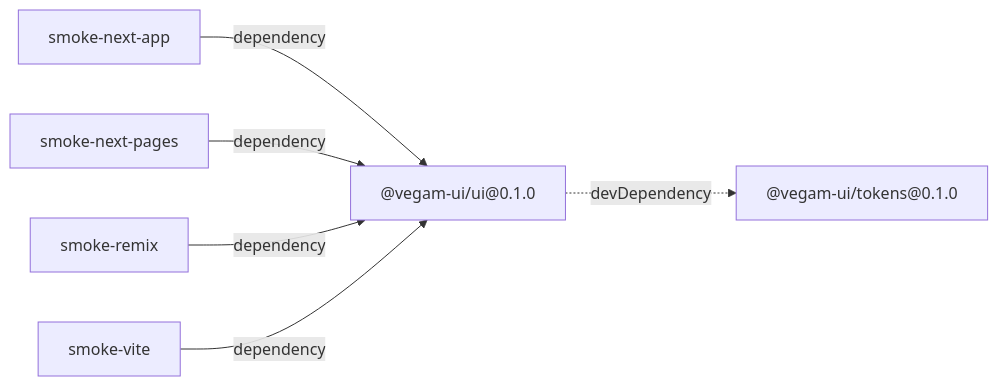
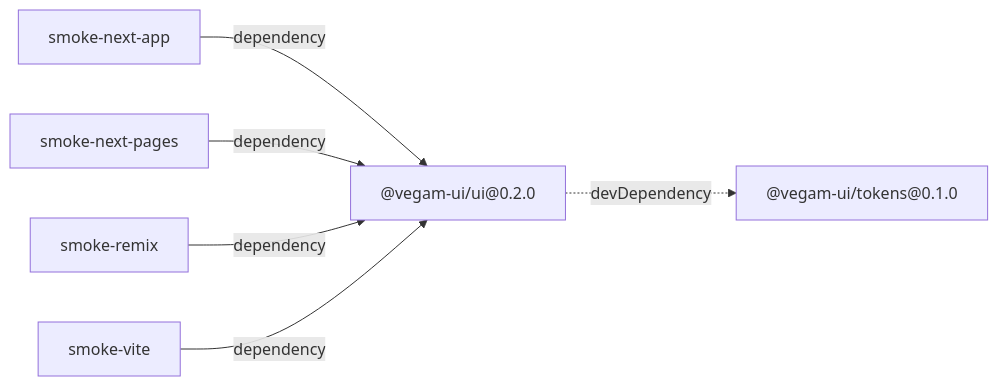
Before and after one commit to vihaanvegam/vegam-ui: the first of 3 diagrams in docs/ARCHITECTURE.md, drawn with Mermaid. The commit also changed 1 other file, not shown here.

Commit message:
chore: regenerate graph after version bump

````diff
--- a/docs/ARCHITECTURE.md
+++ b/docs/ARCHITECTURE.md
@@ -14,14 +14,14 @@
 ```mermaid
 graph LR
   _vegam_ui_tokens["@vegam-ui/tokens@0.1.0"]
-  _vegam_ui_ui["@vegam-ui/ui@0.1.0"]
+  _vegam_ui_ui["@vegam-ui/ui@0.2.0"]
   smoke_next_app["smoke-next-app"]
   smoke_next_pages["smoke-next-pages"]
   smoke_remix["smoke-remix"]
   smoke_vite["smoke-vite"]
   _vegam_ui_ui -.->|devDependency| _vegam_ui_tokens
   smoke_next_app -->|dependency| _vegam_ui_ui
   smoke_next_pages -->|dependency| _vegam_ui_ui
   smoke_remix -->|dependency| _vegam_ui_ui
   smoke_vite -->|dependency| _vegam_ui_ui
 ```
````
